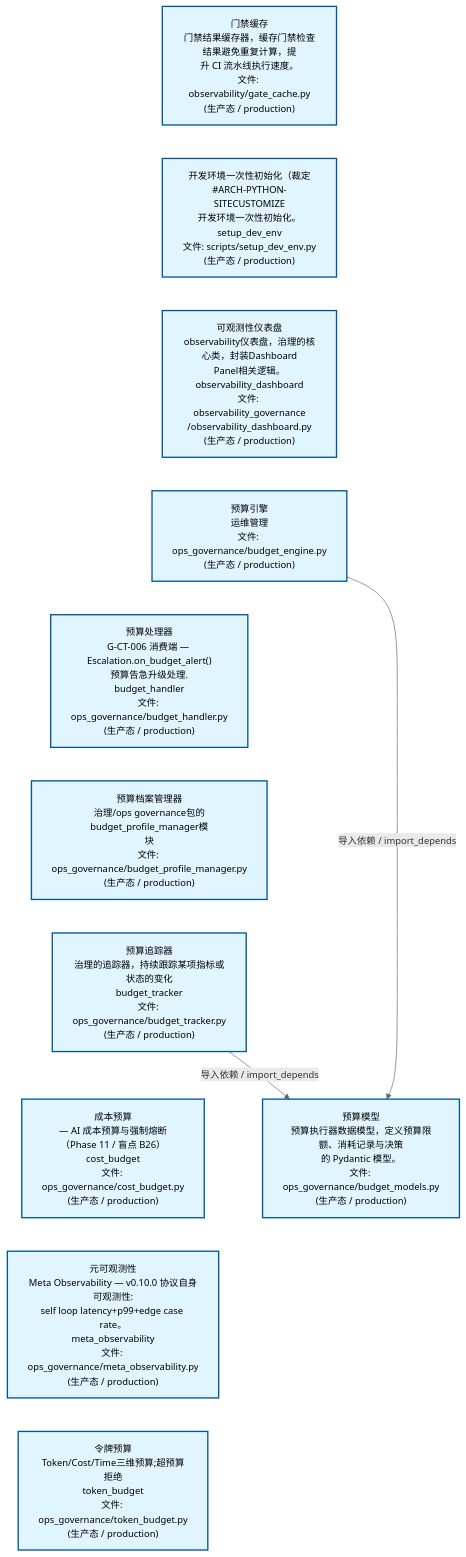
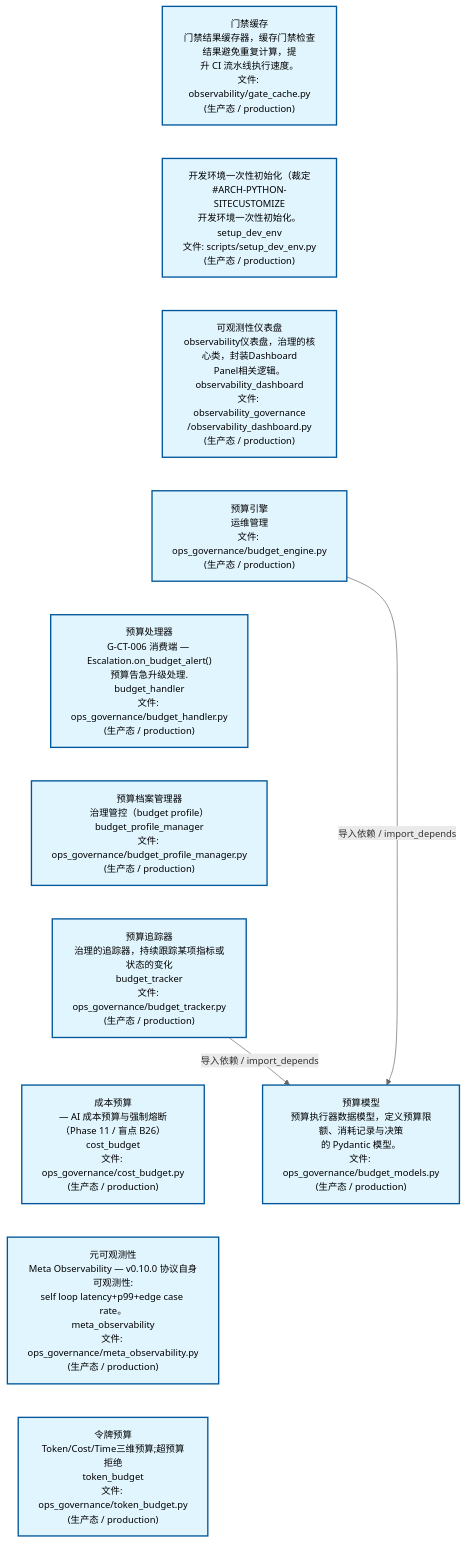
Before and after one commit to xuanFelixVan/ZephyrAlpha: the second of 3 diagrams in docs/02_enterprise_architecture/02_domain_architecture_docs/24_d_ops.md, drawn with Mermaid. The commit also changed other lines of this file and 36 other files, not shown here.

````diff
--- a/docs/02_enterprise_architecture/02_domain_architecture_docs/24_d_ops.md
+++ b/docs/02_enterprise_architecture/02_domain_architecture_docs/24_d_ops.md
@@ -126,31 +126,31 @@
 ```mermaid
 %%{init: {'theme': 'base', 'themeVariables': {'primaryColor': '#eaeaea', 'primaryTextColor': '#333333', 'primaryBorderColor': '#666666', 'lineColor': '#666666', 'secondaryColor': '#eaeaea', 'tertiaryColor': '#eaeaea', 'fontSize': '14px'}}}%%
 flowchart TD
     scripts_governance_observability_gate_cache_py["门禁缓存<br/>门禁结果缓存器，缓存门禁检查结果避免重复计算，提<br/>升 CI 流水线执行速度。<br/>文件: observability/gate_cache.py<br/>(生产态 / production)"]
     scripts_setup_dev_env_py["开发环境一次性初始化（裁定<br/>#ARCH-PYTHON-SITECUSTOMIZE<br/>开发环境一次性初始化。<br/>setup_dev_env<br/>文件: scripts/setup_dev_env.py<br/>(生产态 / production)"]
     src_zephyr_governance_observability_governance_observability_dashboard_py["可观测性仪表盘<br/>observability仪表盘，治理的核心类，封装Dashboard<br/>Panel相关逻辑。<br/>observability_dashboard<br/>文件: observability_governance<br/>/observability_dashboard.py<br/>(生产态 / production)"]
     src_zephyr_governance_ops_governance_budget_engine_py["预算引擎<br/>运维管理<br/>文件: ops_governance/budget_engine.py<br/>(生产态 / production)"]
     src_zephyr_governance_ops_governance_budget_handler_py["预算处理器<br/>G-CT-006 消费端 — Escalation.on_budget_alert()<br/>预算告急升级处理.<br/>budget_handler<br/>文件: ops_governance/budget_handler.py<br/>(生产态 / production)"]
-    src_zephyr_governance_ops_governance_budget_profile_manager_py["预算档案管理器<br/>治理/ops governance包的budget_profile_manager模<br/>块<br/>文件: ops_governance/budget_profile_manager.py<br/>(生产态 / production)"]
+    src_zephyr_governance_ops_governance_budget_profile_manager_py["预算档案管理器<br/>治理管控（budget profile）<br/>budget_profile_manager<br/>文件: ops_governance/budget_profile_manager.py<br/>(生产态 / production)"]
     src_zephyr_governance_ops_governance_budget_tracker_py["预算追踪器<br/>治理的追踪器，持续跟踪某项指标或状态的变化<br/>budget_tracker<br/>文件: ops_governance/budget_tracker.py<br/>(生产态 / production)"]
     src_zephyr_governance_ops_governance_cost_budget_py["成本预算<br/>— AI 成本预算与强制熔断（Phase 11 / 盲点 B26）<br/>cost_budget<br/>文件: ops_governance/cost_budget.py<br/>(生产态 / production)"]
     src_zephyr_governance_ops_governance_meta_observability_py["元可观测性<br/>Meta Observability — v0.10.0 协议自身可观测性:<br/>self loop latency+p99+edge case rate。<br/>meta_observability<br/>文件: ops_governance/meta_observability.py<br/>(生产态 / production)"]
     src_zephyr_governance_ops_governance_token_budget_py["令牌预算<br/>Token/Cost/Time三维预算;超预算拒绝<br/>token_budget<br/>文件: ops_governance/token_budget.py<br/>(生产态 / production)"]
     scripts_governance_observability_gate_cache_py ~~~ scripts_setup_dev_env_py
     scripts_setup_dev_env_py ~~~ src_zephyr_governance_observability_governance_observability_dashboard_py
     src_zephyr_governance_observability_governance_observability_dashboard_py ~~~ src_zephyr_governance_ops_governance_budget_engine_py
     src_zephyr_governance_ops_governance_budget_engine_py ~~~ src_zephyr_governance_ops_governance_budget_handler_py
     src_zephyr_governance_ops_governance_budget_handler_py ~~~ src_zephyr_governance_ops_governance_budget_profile_manager_py
     src_zephyr_governance_ops_governance_budget_profile_manager_py ~~~ src_zephyr_governance_ops_governance_budget_tracker_py
     src_zephyr_governance_ops_governance_budget_tracker_py ~~~ src_zephyr_governance_ops_governance_cost_budget_py
     src_zephyr_governance_ops_governance_cost_budget_py ~~~ src_zephyr_governance_ops_governance_meta_observability_py
     src_zephyr_governance_ops_governance_meta_observability_py ~~~ src_zephyr_governance_ops_governance_token_budget_py
     src_zephyr_governance_ops_governance_budget_models_py["预算模型<br/>预算执行器数据模型，定义预算限额、消耗记录与决策<br/>的 Pydantic 模型。<br/>文件: ops_governance/budget_models.py<br/>(生产态 / production)"]
     src_zephyr_governance_ops_governance_budget_engine_py -->|导入依赖 / import_depends| src_zephyr_governance_ops_governance_budget_models_py
     src_zephyr_governance_ops_governance_budget_tracker_py -->|导入依赖 / import_depends| src_zephyr_governance_ops_governance_budget_models_py
     classDef production fill:#e1f5fe,stroke:#01579b,stroke-width:2px,color:#000
     classDef design fill:#fff3e0,stroke:#e65100,stroke-width:2px,color:#000,stroke-dasharray: 5 5
     classDef external_prod fill:#e8f4fd,stroke:#0277bd,stroke-width:1px,color:#000
     classDef external_design fill:#fff8e7,stroke:#ef6c00,stroke-width:1px,color:#000,stroke-dasharray: 5 5
     class scripts_governance_observability_gate_cache_py,scripts_setup_dev_env_py,src_zephyr_governance_observability_governance_observability_dashboard_py,src_zephyr_governance_ops_governance_budget_engine_py,src_zephyr_governance_ops_governance_budget_handler_py,src_zephyr_governance_ops_governance_budget_models_py,src_zephyr_governance_ops_governance_budget_profile_manager_py,src_zephyr_governance_ops_governance_budget_tracker_py,src_zephyr_governance_ops_governance_cost_budget_py,src_zephyr_governance_ops_governance_meta_observability_py,src_zephyr_governance_ops_governance_token_budget_py production
 ```
````
